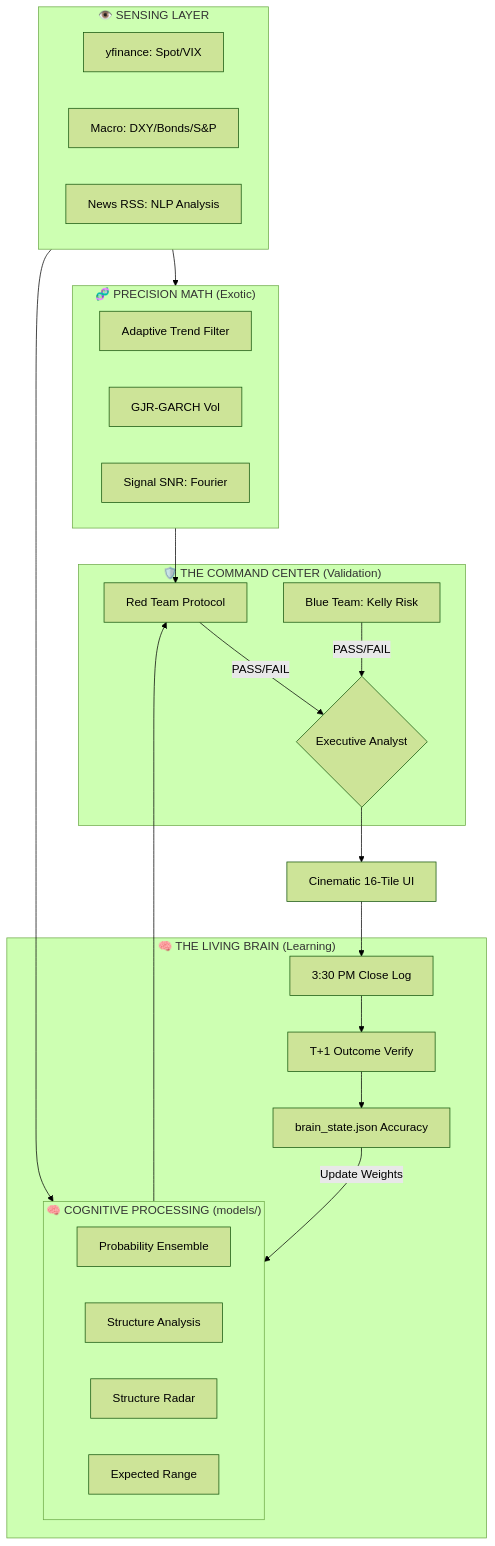
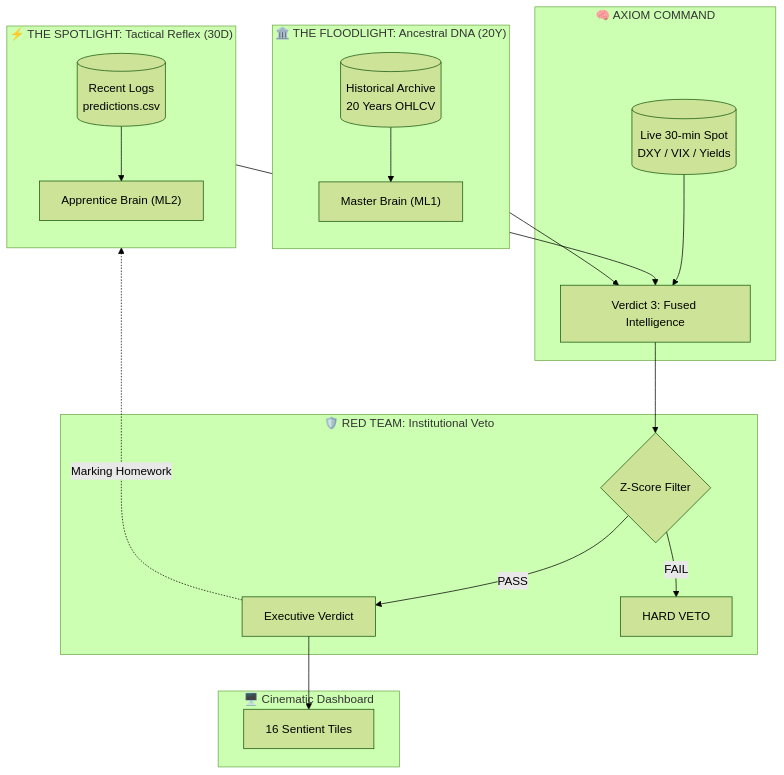
The diagram in README.md (pravindev666/Tradyx-Aleph), drawn with Mermaid (forest theme) before and after one commit. The commit also changed other lines of this file, not shown here.

````diff
--- a/README.md
+++ b/README.md
@@ -47,41 +23,29 @@
 ```mermaid
 flowchart TB
-    subgraph SENSES["👁️ SENSING LAYER"]
-        YF[yfinance: Spot/VIX]
-        MACRO[Macro: DXY/Bonds/S&P]
-        RSS[News RSS: NLP Analysis]
+    subgraph HERITAGE["🏛️ THE FLOODLIGHT: Ancestral DNA (20Y)"]
+        direction TB
+        DB[("Historical Archive<br/>20 Years OHLCV")] --> ML1["Master Brain (ML1)"]
     end
 
-    subgraph BRAIN["🧠 COGNITIVE PROCESSING (models/)"]
-        direction LR
-        RF["Probability Ensemble"]
-        GB["Structure Analysis"]
-        AE["Structure Radar"]
-        QR["Expected Range"]
+    subgraph REFLEX["⚡ THE SPOTLIGHT: Tactical Reflex (30D)"]
+        direction TB
+        CSV[("Recent Logs<br/>predictions.csv")] --> ML2["Apprentice Brain (ML2)"]
     end
 
-    subgraph MATH["🧬 PRECISION MATH (Exotic)"]
-        JKF[Adaptive Trend Filter]
-        GJR[GJR-GARCH Vol]
-        FOUR[Signal SNR: Fourier]
+    subgraph FUSION["🧠 AXIOM COMMAND"]
+        ML1 & ML2 --> V3["Verdict 3: Fused Intelligence"]
+        SPOT[("Live 30-min Spot<br/>DXY / VIX / Yields")] --> V3
     end
 
-    subgraph VETO["🛡️ THE COMMAND CENTER (Validation)"]
-        RT[Red Team Protocol]
-        Blue[Blue Team: Kelly Risk]
-        RT & Blue -->|PASS/FAIL| LOGIC{Executive Analyst}
+    subgraph GUARD["🛡️ RED TEAM: Institutional Veto"]
+        V3 --> RT{Z-Score Filter}
+        RT -->|PASS| EXEC["Executive Verdict"]
+        RT -->|FAIL| VETO["HARD VETO"]
     end
 
-    subgraph FEEDBACK["🧠 THE LIVING BRAIN (Learning)"]
-        LOG[3:30 PM Close Log]
-        VER[T+1 Outcome Verify]
-        LEARN[brain_state.json Accuracy]
-        VER --> LEARN -->|Update Weights| BRAIN
+    subgraph UI["🖥️ Cinematic Dashboard"]
+        EXEC --> TILES["16 Sentient Tiles"]
     end
 
-    SENSES --> MATH & BRAIN
-    MATH & BRAIN --> RT
-    LOGIC --> UI["Cinematic 16-Tile UI"]
-    UI --> LOG
-    LOG --> VER
+    EXEC -.->|"Marking Homework"| REFLEX
 ```
````
